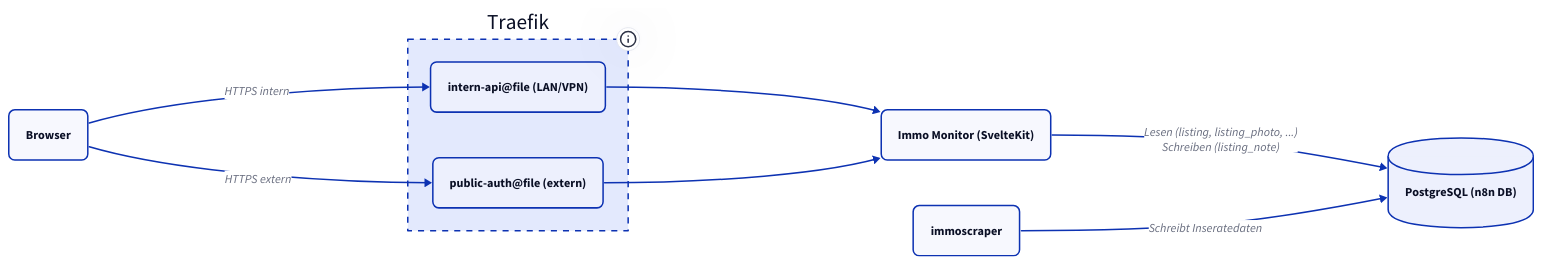
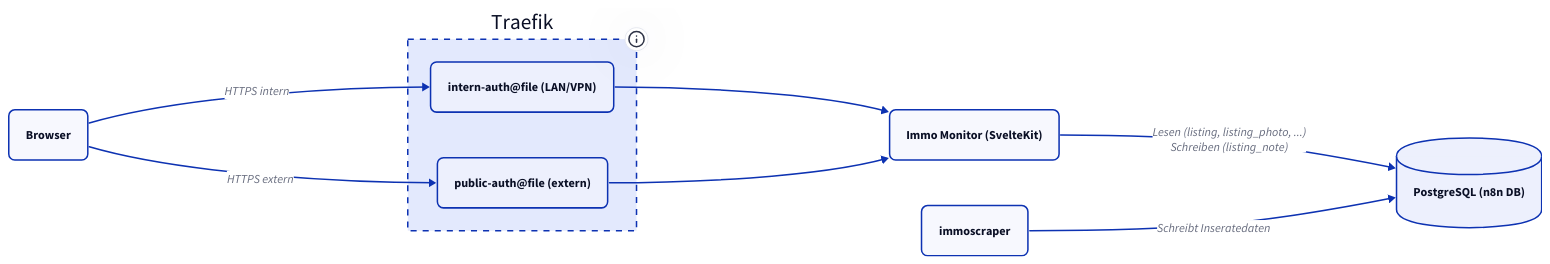
One commit to derever-labs/homelab-wiki changed the diagram in docs/immo-monitor/index.md. Above: the diagram before and after it, drawn with D2. The commit also changed other lines of this file, not shown here.

Commit message:
docs(immo-monitor): URL, Auth und DB-Referenzen aktualisiert

````diff
--- a/docs/immo-monitor/index.md
+++ b/docs/immo-monitor/index.md
@@ -30,23 +31,23 @@
 ```d2
 direction: right
 
 Browser: Browser { style.border-radius: 8 }
 
 Traefik: Traefik {
   style.stroke-dash: 4
   tooltip: "10.0.2.20"
-  RI: "intern-api@file (LAN/VPN)" { style.border-radius: 8 }
+  RI: "intern-auth@file (LAN/VPN)" { style.border-radius: 8 }
   RE: "public-auth@file (extern)" { style.border-radius: 8 }
 }
 
 App: "Immo Monitor (SvelteKit)" { style.border-radius: 8 }
 PG: "PostgreSQL (n8n DB)" { shape: cylinder }
 Scraper: "immoscraper" { style.border-radius: 8 }
 
 Browser -> Traefik.RI: HTTPS intern
 Browser -> Traefik.RE: HTTPS extern
 Traefik.RI -> App
 Traefik.RE -> App
 App -> PG: "Lesen (listing, listing_photo, ...)\nSchreiben (listing_note)"
 Scraper -> PG: Schreibt Inseratedaten
 ```
````
